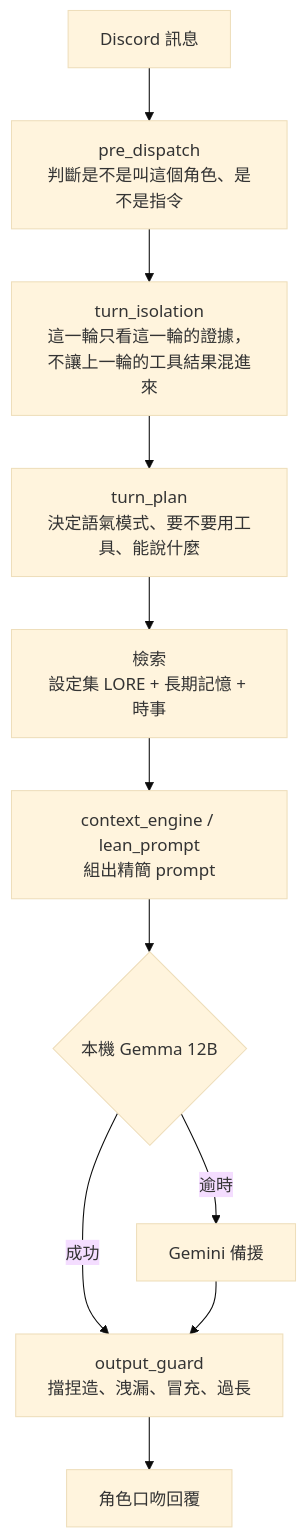
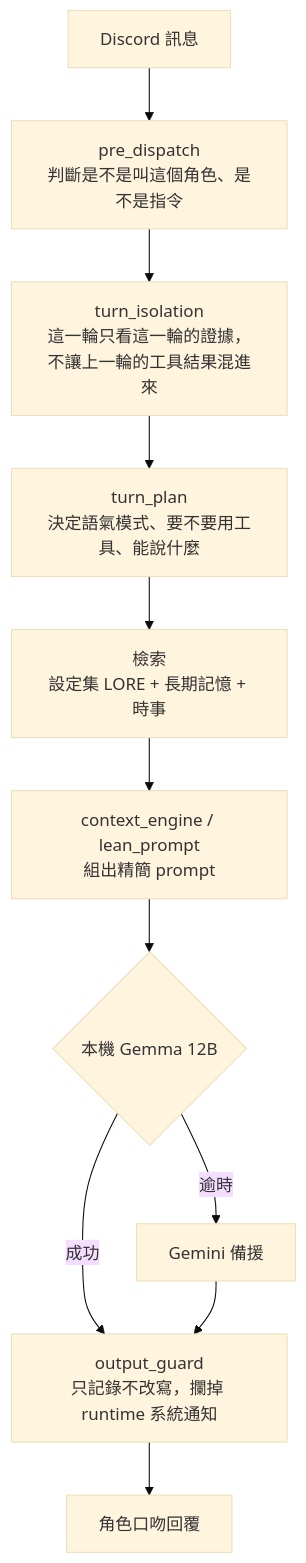
Before and after one commit to lce52147/rana-ai-agent: the second of 4 diagrams in README.md, drawn with Mermaid (base theme). The commit also changed other lines of this file and 508 other files, not shown here.

````diff
--- a/README.md
+++ b/README.md
@@ -99,12 +101,12 @@
 ```mermaid
 flowchart TD
   A[Discord 訊息] --> B[pre_dispatch<br/>判斷是不是叫這個角色、是不是指令]
   B --> C[turn_isolation<br/>這一輪只看這一輪的證據，不讓上一輪的工具結果混進來]
   C --> D[turn_plan<br/>決定語氣模式、要不要用工具、能說什麼]
   D --> E[檢索<br/>設定集 LORE + 長期記憶 + 時事]
   E --> F[context_engine / lean_prompt<br/>組出精簡 prompt]
   F --> G{本機 Gemma 12B}
-  G -- 成功 --> H[output_guard<br/>擋捏造、洩漏、冒充、過長]
+  G -- 成功 --> H[output_guard<br/>只記錄不改寫，攔掉 runtime 系統通知]
   G -- 逾時 --> G2[Gemini 備援] --> H
   H --> I[角色口吻回覆]
 ```
````
